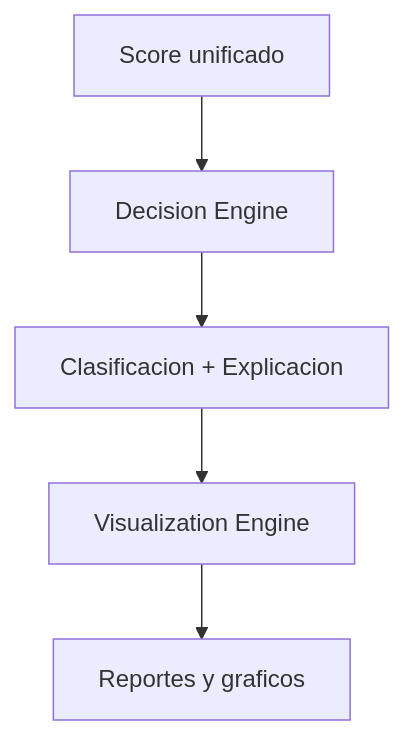
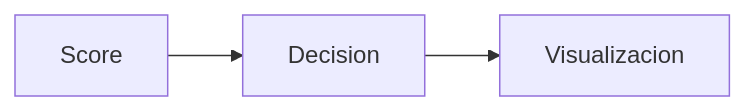
One commit to Romequinco/Sistema-De-Analisis-Financiero changed the diagram in src/final/final.md. Above: the diagram before and after it, drawn with Mermaid. The commit also changed other lines of this file and 16 other files, not shown here.

````diff
--- a/src/final/final.md
+++ b/src/final/final.md
@@ -54,7 +18,4 @@
 ```mermaid
-flowchart TD
-    A[Score unificado] --> B[Decision Engine]
-    B --> C[Clasificacion + Explicacion]
-    C --> D[Visualization Engine]
-    D --> E[Reportes y graficos]
+flowchart LR
+    A[Score] --> B[Decision] --> C[Visualizacion]
 ```
````
